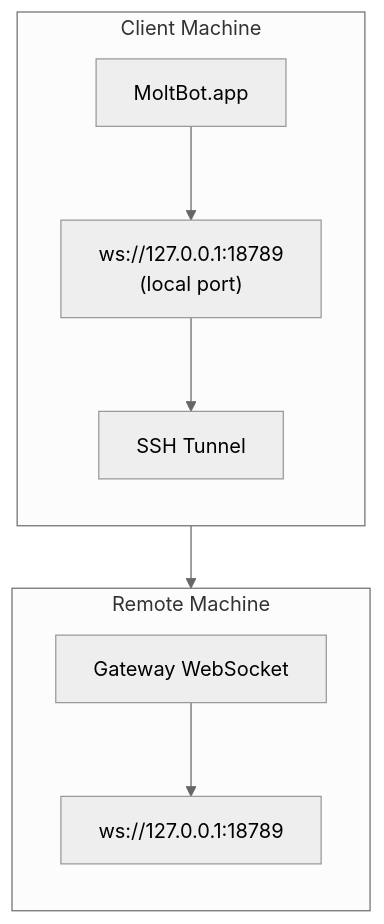
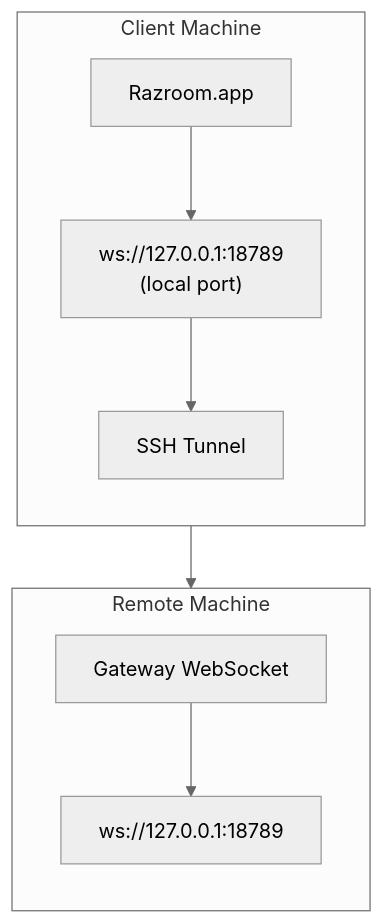
The diagram in docs/gateway/remote-gateway-readme.md (razroo/razroom), drawn with Mermaid (neutral theme) before and after one commit. The commit also changed other lines of this file and 2403 other files, not shown here.

````diff
--- a/docs/gateway/remote-gateway-readme.md
+++ b/docs/gateway/remote-gateway-readme.md
@@ -13,20 +13,20 @@
 ```mermaid
 flowchart TB
     subgraph Client["Client Machine"]
         direction TB
-        A["MoltBot.app"]
+        A["Razroom.app"]
         B["ws://127.0.0.1:18789\n(local port)"]
         T["SSH Tunnel"]
 
         A --> B
         B --> T
     end
     subgraph Remote["Remote Machine"]
         direction TB
         C["Gateway WebSocket"]
         D["ws://127.0.0.1:18789"]
 
         C --> D
     end
     T --> C
 ```
````
